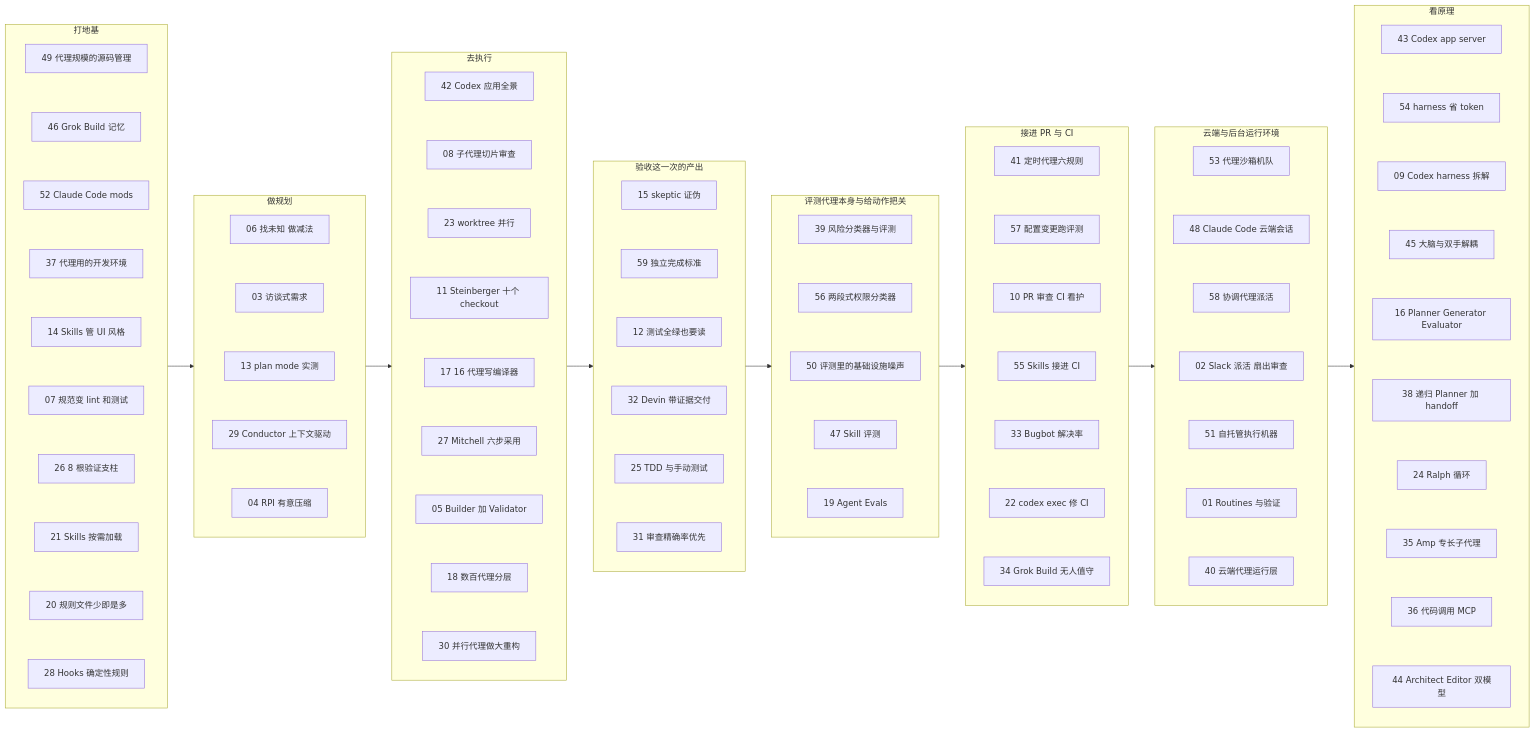
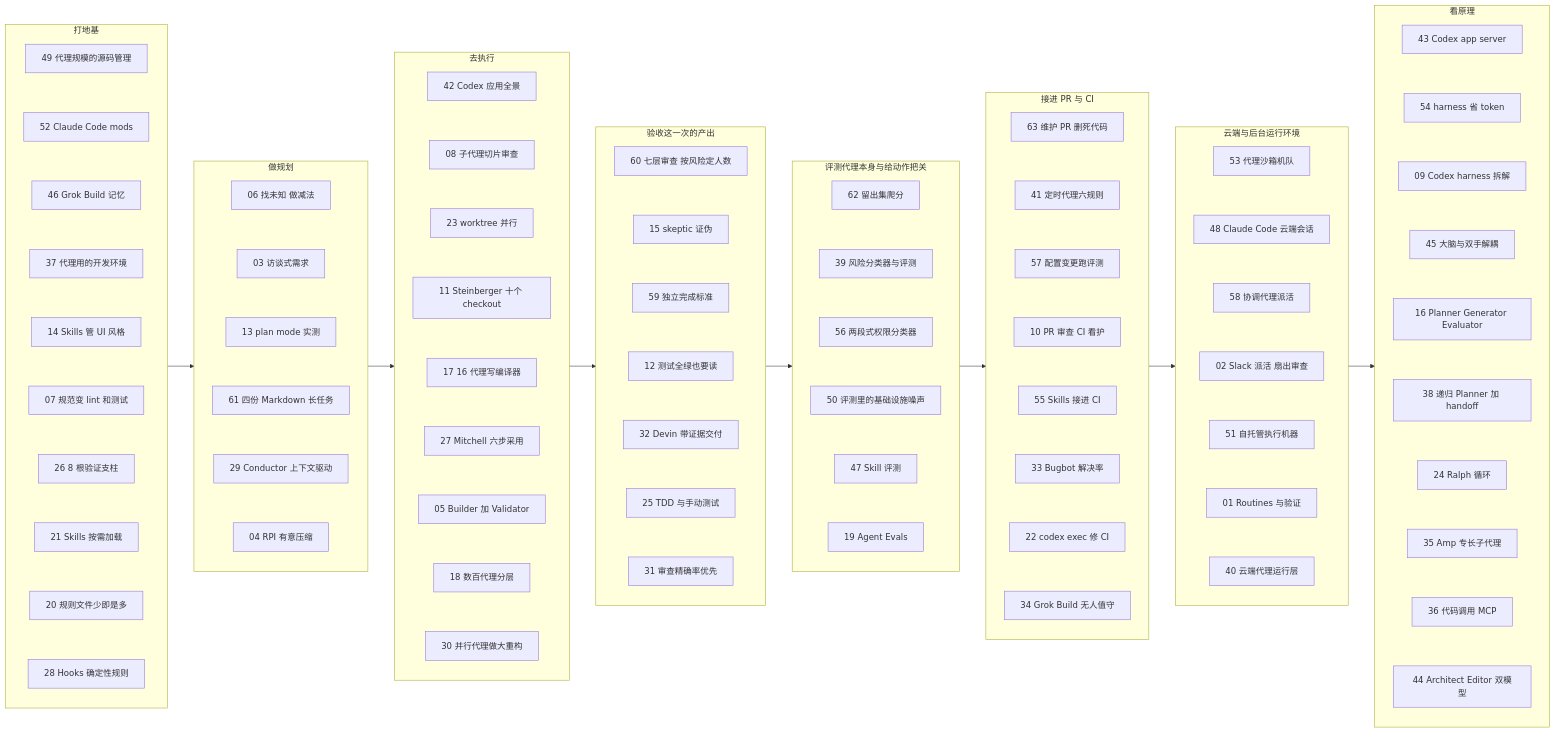
Before and after one commit to yzw7489757/ai-coding-videos: the diagram in docs/index.md, drawn with Mermaid. The commit also changed other lines of this file and 18 other files, not shown here.

Commit message:
收录 #60–#63：Claude Code 团队代码审查、Codex 25 小时长任务、评测设计与爬分、用 Codex 批量维护；修正打地基阶段排序

```diff
--- a/docs/index.md
+++ b/docs/index.md
@@ -110,8 +111,8 @@
   subgraph S1["打地基"]
     direction TB
     A49["49 代理规模的源码管理"]
+    A52["52 Claude Code mods"]
     A46["46 Grok Build 记忆"]
-    A52["52 Claude Code mods"]
     A37["37 代理用的开发环境"]
     A14["14 Skills 管 UI 风格"]
     A07["07 规范变 lint 和测试"]
@@ -119,9 +120,9 @@
     A21["21 Skills 按需加载"]
     A20["20 规则文件少即是多"]
     A28["28 Hooks 确定性规则"]
-    A49 ~~~ A46
-    A46 ~~~ A52
-    A52 ~~~ A37
+    A49 ~~~ A52
+    A52 ~~~ A46
+    A46 ~~~ A37
     A37 ~~~ A14
     A14 ~~~ A07
     A07 ~~~ A26
@@ -134,11 +135,13 @@
     A06["06 找未知 做减法"]
     A03["03 访谈式需求"]
     A13["13 plan mode 实测"]
+    A61["61 四份 Markdown 长任务"]
     A29["29 Conductor 上下文驱动"]
     A04["04 RPI 有意压缩"]
     A06 ~~~ A03
     A03 ~~~ A13
-    A13 ~~~ A29
+    A13 ~~~ A61
+    A61 ~~~ A29
     A29 ~~~ A04
   end
   subgraph S3["去执行"]
@@ -163,12 +166,14 @@
   end
   subgraph S4["验收这一次的产出"]
     direction TB
+    A60["60 七层审查 按风险定人数"]
     A15["15 skeptic 证伪"]
     A59["59 独立完成标准"]
     A12["12 测试全绿也要读"]
     A32["32 Devin 带证据交付"]
     A25["25 TDD 与手动测试"]
     A31["31 审查精确率优先"]
+    A60 ~~~ A15
     A15 ~~~ A59
     A59 ~~~ A12
     A12 ~~~ A32
@@ -177,11 +182,13 @@
   end
   subgraph S5["评测代理本身与给动作把关"]
     direction TB
+    A62["62 留出集爬分"]
     A39["39 风险分类器与评测"]
     A56["56 两段式权限分类器"]
     A50["50 评测里的基础设施噪声"]
     A47["47 Skill 评测"]
     A19["19 Agent Evals"]
+    A62 ~~~ A39
     A39 ~~~ A56
     A56 ~~~ A50
     A50 ~~~ A47
@@ -189,6 +196,7 @@
   end
   subgraph S6["接进 PR 与 CI"]
     direction TB
+    A63["63 维护 PR 删死代码"]
     A41["41 定时代理六规则"]
     A57["57 配置变更跑评测"]
     A10["10 PR 审查 CI 看护"]
@@ -196,6 +204,7 @@
     A33["33 Bugbot 解决率"]
     A22["22 codex exec 修 CI"]
     A34["34 Grok Build 无人值守"]
+    A63 ~~~ A41
     A41 ~~~ A57
     A57 ~~~ A10
     A10 ~~~ A55
```
